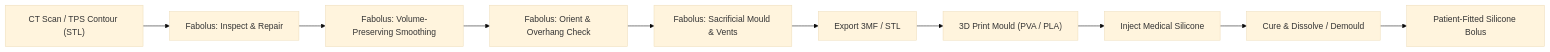
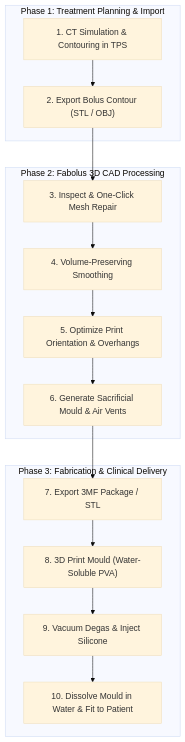
One commit to nsmela/Fabolus changed the diagram in docs/README.md. Above: the diagram before and after it, drawn with Mermaid (base theme). The commit also changed 3 other files, not shown here.

Commit message:
docs(index): redesign clinical workflow flowchart into vertical multi-phase diagram for high legibility

````diff
--- a/docs/README.md
+++ b/docs/README.md
@@ -60,12 +60,21 @@
 ```mermaid
-flowchart LR
-    A["CT Scan / TPS Contour (STL)"] --> B["Fabolus: Inspect & Repair"]
-    B --> C["Fabolus: Volume-Preserving Smoothing"]
-    C --> D["Fabolus: Orient & Overhang Check"]
-    D --> E["Fabolus: Sacrificial Mould & Vents"]
-    E --> F["Export 3MF / STL"]
-    F --> G["3D Print Mould (PVA / PLA)"]
-    G --> H["Inject Medical Silicone"]
-    H --> I["Cure & Dissolve / Demould"]
-    I --> J["Patient-Fitted Silicone Bolus"]
+flowchart TD
+    subgraph P1 ["Phase 1: Treatment Planning & Import"]
+        A["1. CT Simulation & Contouring in TPS"] --> B["2. Export Bolus Contour (STL / OBJ)"]
+    end
+
+    subgraph P2 ["Phase 2: Fabolus 3D CAD Processing"]
+        C["3. Inspect & One-Click Mesh Repair"] --> D["4. Volume-Preserving Smoothing"]
+        D --> E["5. Optimize Print Orientation & Overhangs"]
+        E --> F["6. Generate Sacrificial Mould & Air Vents"]
+    end
+
+    subgraph P3 ["Phase 3: Fabrication & Clinical Delivery"]
+        G["7. Export 3MF Package / STL"] --> H["8. 3D Print Mould (Water-Soluble PVA)"]
+        H --> I["9. Vacuum Degas & Inject Silicone"]
+        I --> J["10. Dissolve Mould in Water & Fit to Patient"]
+    end
+
+    B --> C
+    F --> G
 ```
````
